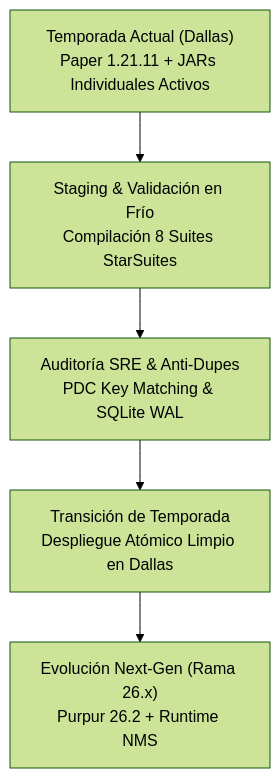
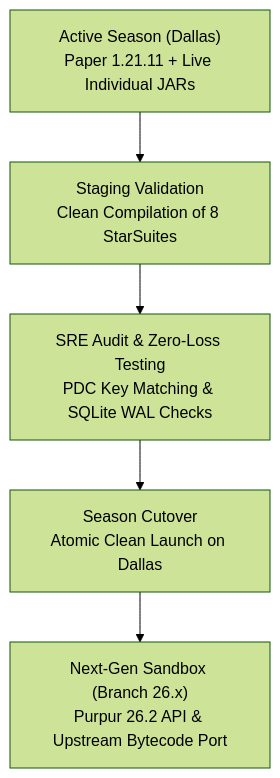
One commit to DrakesCraft-Labs/Drakes-Suites changed the diagram in README.md. Above: the diagram before and after it, drawn with Mermaid (forest theme). The commit also changed other lines of this file and 1 other file, not shown here.

````diff
--- a/README.md
+++ b/README.md
@@ -196,7 +253,7 @@
 ```mermaid
 graph TD
-    A["Temporada Actual (Dallas)<br/>Paper 1.21.11 + JARs Individuales Activos"] --> B["Staging & Validación en Frío<br/>Compilación 8 Suites StarSuites"]
-    B --> C["Auditoría SRE & Anti-Dupes<br/>PDC Key Matching & SQLite WAL"]
-    C --> D["Transición de Temporada<br/>Despliegue Atómico Limpio en Dallas"]
-    D --> E["Evolución Next-Gen (Rama 26.x)<br/>Purpur 26.2 + Runtime NMS"]
+    A["Active Season (Dallas)<br/>Paper 1.21.11 + Live Individual JARs"] --> B["Staging Validation<br/>Clean Compilation of 8 StarSuites"]
+    B --> C["SRE Audit & Zero-Loss Testing<br/>PDC Key Matching & SQLite WAL Checks"]
+    C --> D["Season Cutover<br/>Atomic Clean Launch on Dallas"]
+    D --> E["Next-Gen Sandbox (Branch 26.x)<br/>Purpur 26.2 API & Upstream Bytecode Port"]
 ```
````
